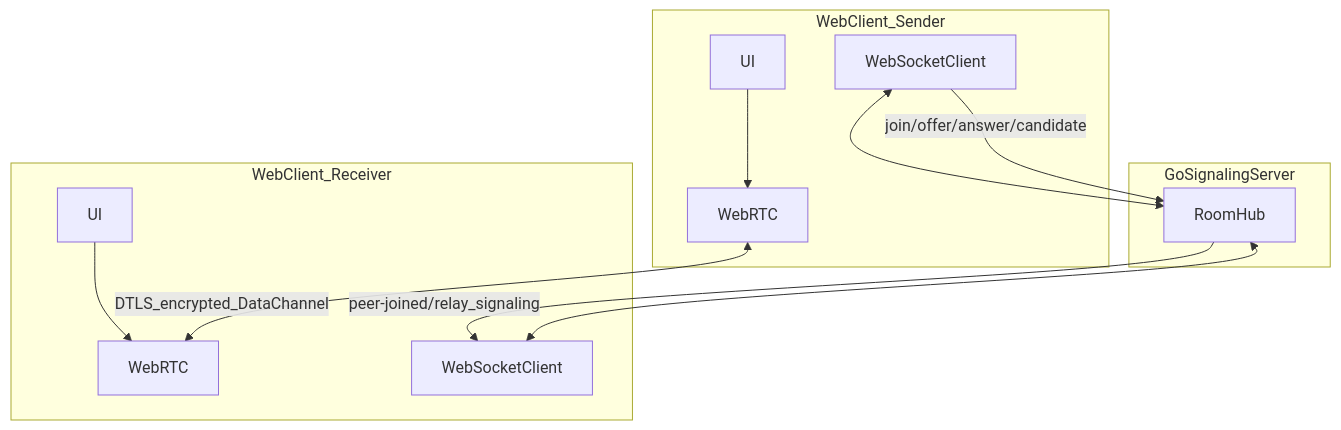
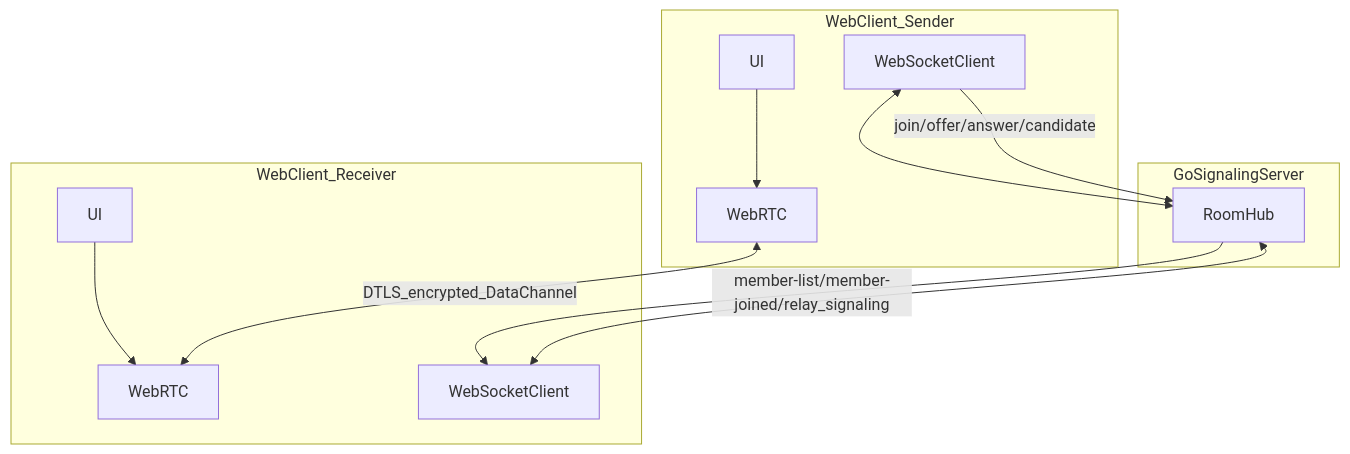
The first of 2 diagrams in README.md (twomodo/coralsend), drawn with Mermaid before and after one commit. The commit also changed other lines of this file, not shown here.

First line of the commit message:
Update README to reflect new room joining features and signaling flow

````diff
--- a/README.md
+++ b/README.md
@@ -47,28 +48,28 @@
 ```mermaid
 flowchart TD
   subgraph WebClientA[WebClient_Sender]
     SenderUI[UI]
     SenderRTC[WebRTC]
     SenderWS[WebSocketClient]
   end
 
   subgraph WebClientB[WebClient_Receiver]
     ReceiverUI[UI]
     ReceiverRTC[WebRTC]
     ReceiverWS[WebSocketClient]
   end
 
   subgraph SignalServer[GoSignalingServer]
     Hub[RoomHub]
   end
 
   SenderUI --> SenderRTC
   ReceiverUI --> ReceiverRTC
 
   SenderWS <--> Hub
   ReceiverWS <--> Hub
 
   SenderRTC <-->|"DTLS_encrypted_DataChannel"| ReceiverRTC
   SenderWS -->|"join/offer/answer/candidate"| Hub
-  Hub -->|"peer-joined/relay_signaling"| ReceiverWS
+  Hub -->|"member-list/member-joined/relay_signaling"| ReceiverWS
 ```
````
